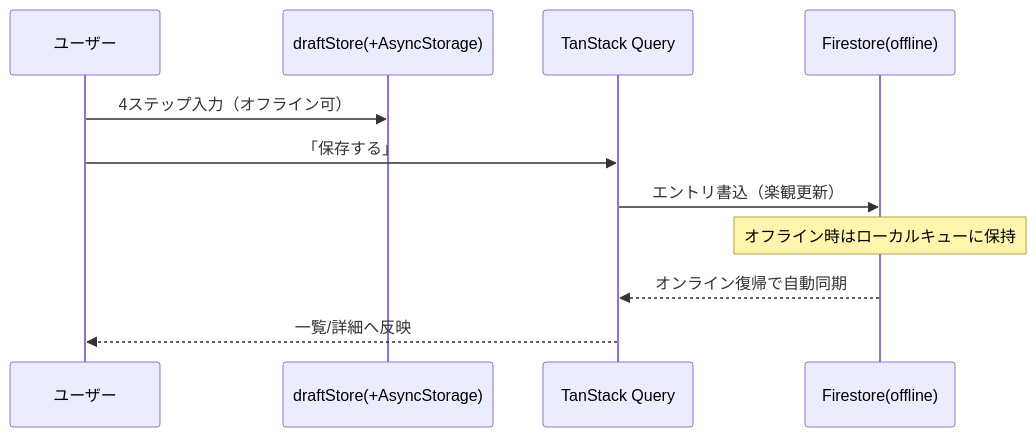
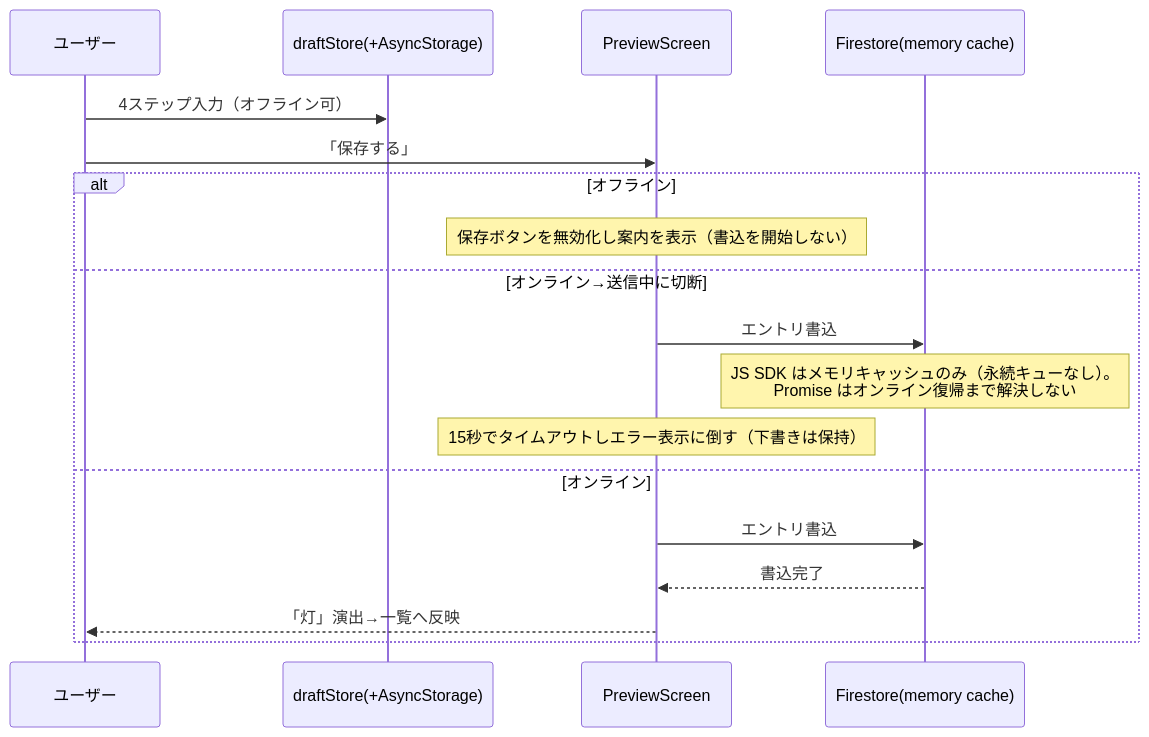
Before and after one commit to KierkegaalL/tasogare-diary: the third of 3 diagrams in docs/architecture.md, drawn with Mermaid. The commit also changed other lines of this file and 4 other files, not shown here.

````diff
--- a/docs/architecture.md
+++ b/docs/architecture.md
@@ -221,13 +221,20 @@
 ```mermaid
 sequenceDiagram
   participant U as ユーザー
   participant D as draftStore(+AsyncStorage)
-  participant Q as TanStack Query
-  participant FS as Firestore(offline)
+  participant P as PreviewScreen
+  participant FS as Firestore(memory cache)
   U->>D: 4ステップ入力（オフライン可）
-  U->>Q: 「保存する」
-  Q->>FS: エントリ書込（楽観更新）
-  Note over FS: オフライン時はローカルキューに保持
-  FS-->>Q: オンライン復帰で自動同期
-  Q-->>U: 一覧/詳細へ反映
+  U->>P: 「保存する」
+  alt オフライン
+    Note over P: 保存ボタンを無効化し案内を表示（書込を開始しない）
+  else オンライン→送信中に切断
+    P->>FS: エントリ書込
+    Note over FS: JS SDK はメモリキャッシュのみ（永続キューなし）。<br/>Promise はオンライン復帰まで解決しない
+    Note over P: 15秒でタイムアウトしエラー表示に倒す（下書きは保持）
+  else オンライン
+    P->>FS: エントリ書込
+    FS-->>P: 書込完了
+    P-->>U: 「灯」演出→一覧へ反映
+  end
 ```
````
